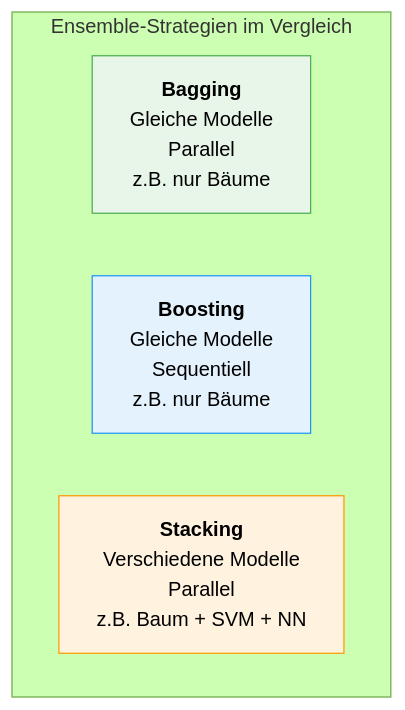
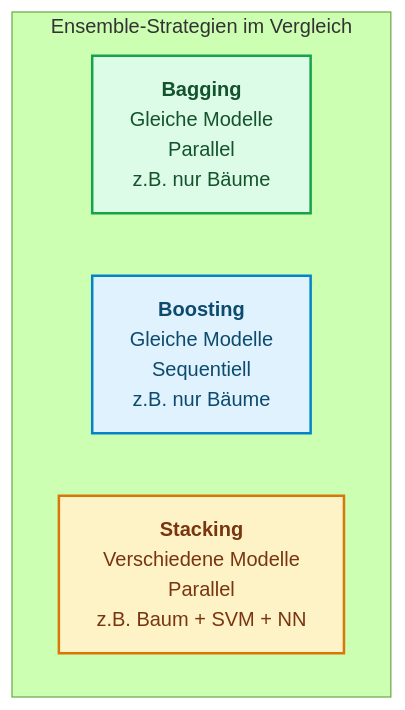
One commit to ralf-42/ML_Intro changed the first of 9 diagrams in docs/concepts/modeling/stacking.md. Above: the diagram before and after it, drawn with Mermaid (forest theme). The commit also changed other lines of this file and 67 other files, not shown here.

````diff
--- a/docs/concepts/modeling/stacking.md
+++ b/docs/concepts/modeling/stacking.md
@@ -34,16 +34,18 @@
 ```mermaid
 flowchart TD
     subgraph Vergleich["Ensemble-Strategien im Vergleich"]
         direction LR
         
         BAG["<b>Bagging</b><br>Gleiche Modelle<br>Parallel<br>z.B. nur Bäume"]
         
         BOOST["<b>Boosting</b><br>Gleiche Modelle<br>Sequentiell<br>z.B. nur Bäume"]
         
         STACK["<b>Stacking</b><br>Verschiedene Modelle<br>Parallel<br>z.B. Baum + SVM + NN"]
     end
-    
-    style BAG fill:#e8f5e9,stroke:#4caf50
-    style BOOST fill:#e3f2fd,stroke:#2196f3
-    style STACK fill:#fff3e0,stroke:#ff9800
+
+    classDef default fill:#e0f2fe,stroke:#0284c7,stroke-width:2px,color:#0c4a6e;
+    classDef metric fill:#fef3c7,stroke:#d97706,stroke-width:2px,color:#78350f;
+    classDef output fill:#dcfce7,stroke:#16a34a,stroke-width:2px,color:#14532d;
+    class STACK metric;
+    class BAG output;
 ```
````
